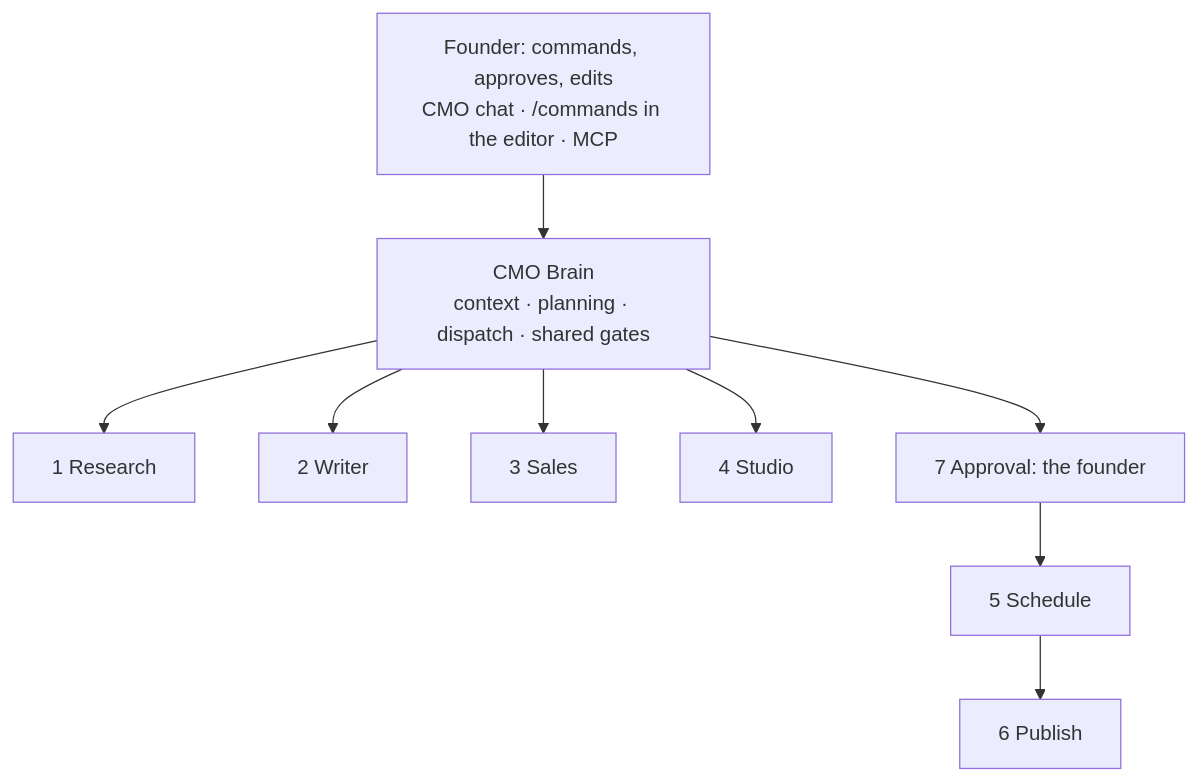
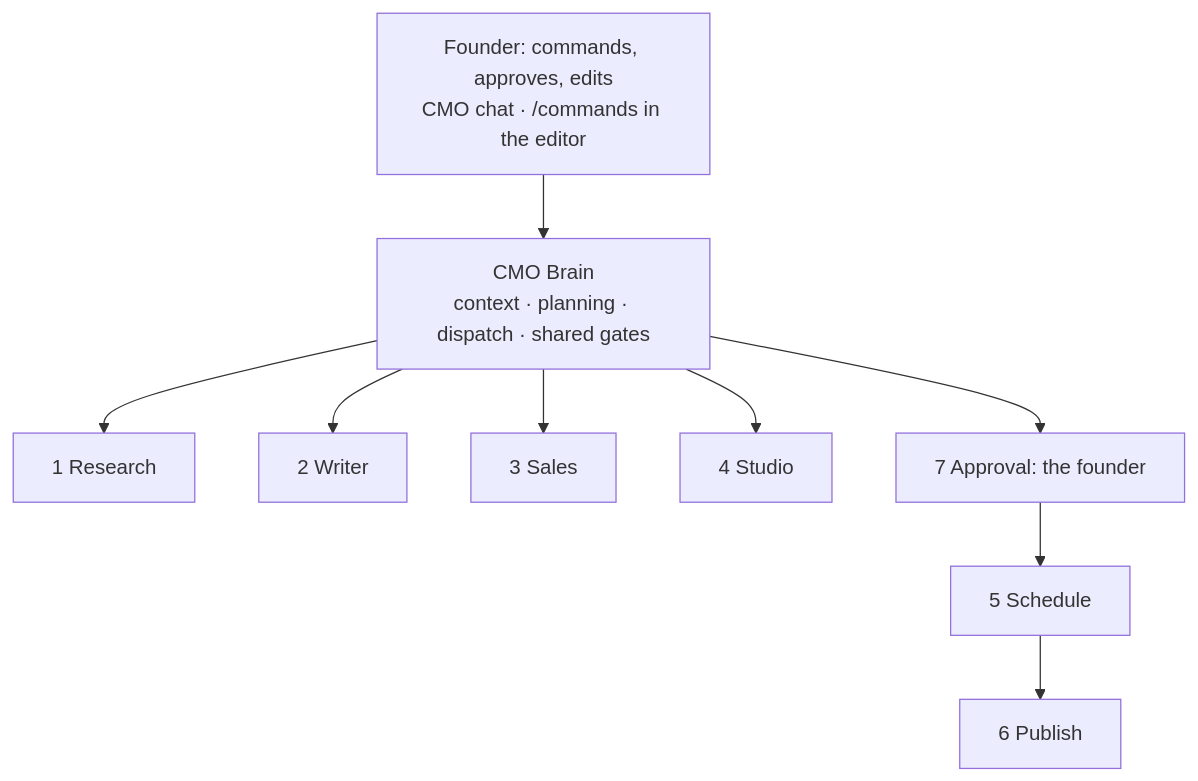
One commit to marcus-legia/opencmo changed the diagram in docs/architecture/ai-cmo.md. Above: the diagram before and after it, drawn with Mermaid. The commit also changed other lines of this file and 20 other files, not shown here.

````diff
--- a/docs/architecture/ai-cmo.md
+++ b/docs/architecture/ai-cmo.md
@@ -16,8 +16,8 @@
 ```mermaid
 flowchart TB
-  F["Founder: commands, approves, edits<br/>CMO chat · /commands in the editor · MCP"] --> B
+  F["Founder: commands, approves, edits<br/>CMO chat · /commands in the editor"] --> B
   B["CMO Brain<br/>context · planning · dispatch · shared gates"]
   B --> R[1 Research] & W[2 Writer] & S[3 Sales] & ST[4 Studio]
   B --> A[7 Approval: the founder]
   A --> SC[5 Schedule] --> P[6 Publish]
 ```
````
